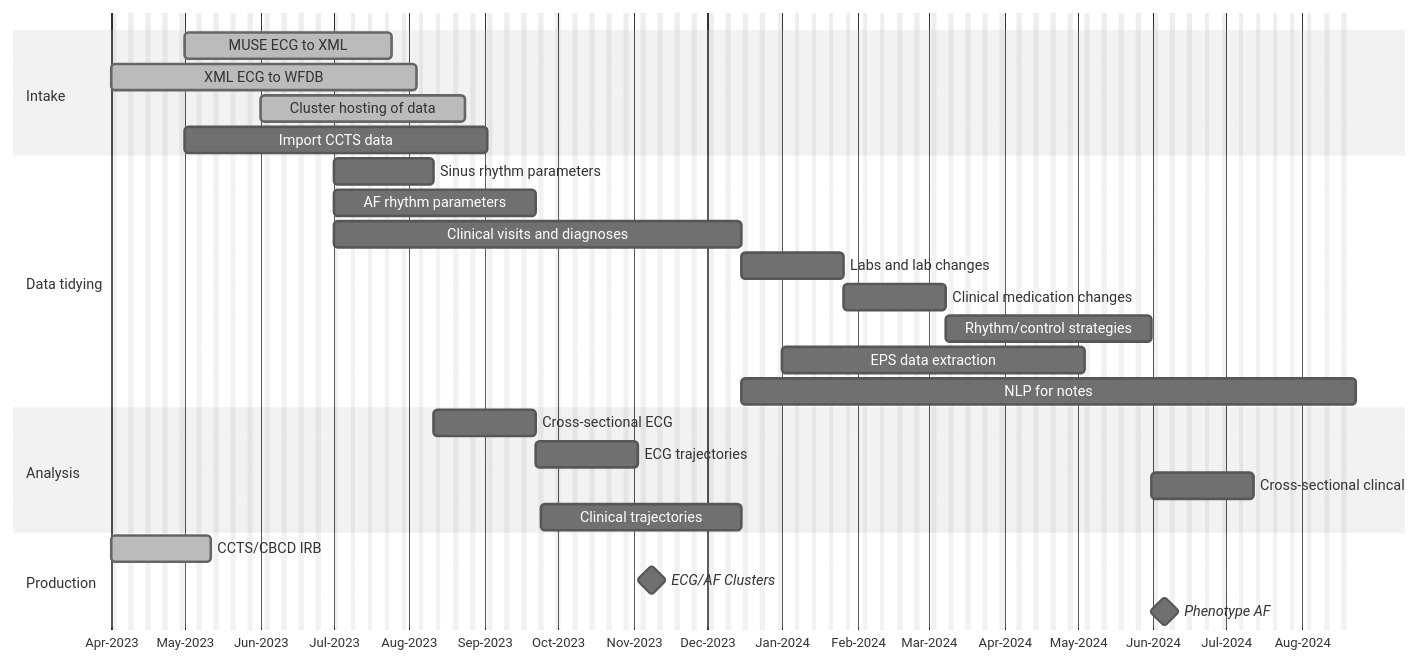
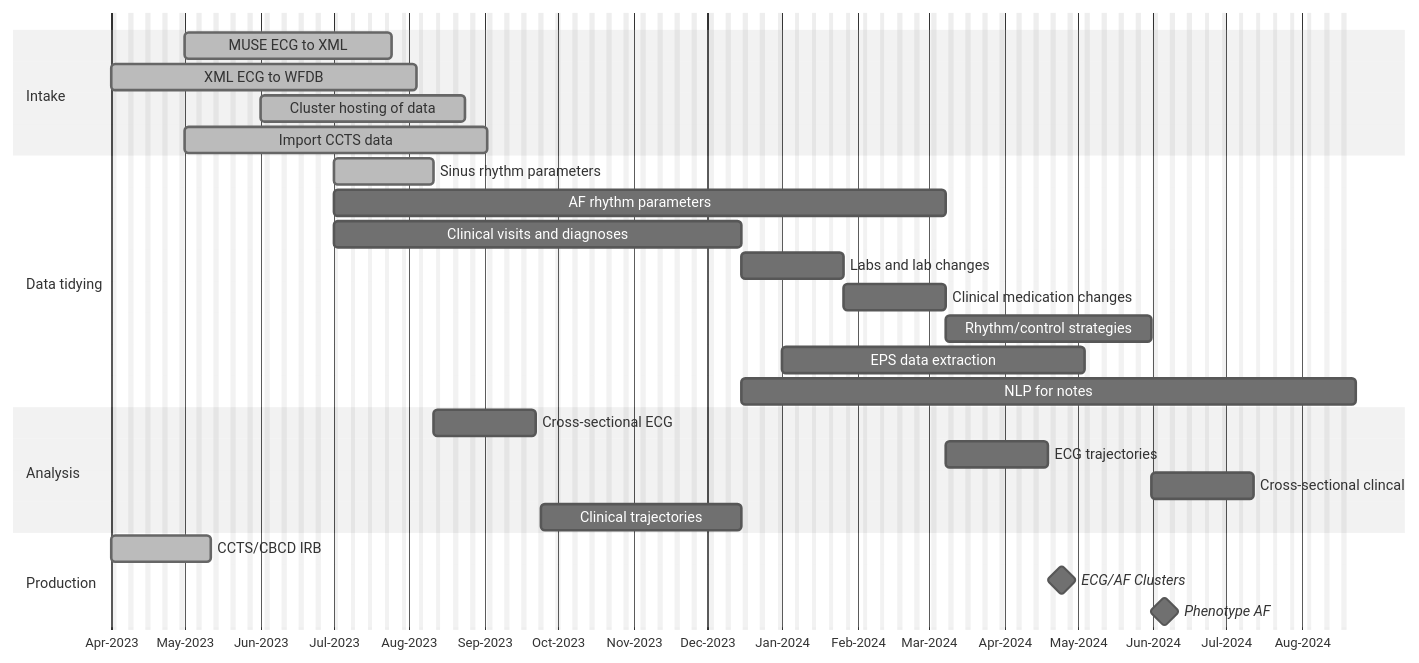
The diagram in t32/phenotype-af.qmd (shah-in-boots/research), drawn with Mermaid (neutral theme) before and after one commit. The commit also changed 3 other files, not shown here.

````diff
--- a/t32/phenotype-af.qmd
+++ b/t32/phenotype-af.qmd
@@ -227,33 +227,33 @@
 ```{mermaid}
 %%| fig-responsive: true
 %%| fig-width: 6
 %%| fig-height:	6 
 %%| fig-label: fig-timeline
 gantt
 	dateFormat MM/YYYY
 	axisFormat %b-%Y
 	excludes weekends
 	section Intake
 		MUSE ECG to XML									:done, muse, 05/2023, 07/2023
 		XML ECG to WFDB 								:done, wfdb, 04/2023, 90d
 		Cluster hosting of data					:done, acer, 06/2023, 60d
-		Import CCTS data								:ccts, 05/2023, 90d
+		Import CCTS data								:done, 05/2023, 90d
 	section Data tidying
-		Sinus rhythm parameters 				:nsr, 07/2023, 30d
-		AF rhythm parameters 		 				:paf, 07/2023, 60d
+		Sinus rhythm parameters 				:done, nsr, 07/2023, 30d
+		AF rhythm parameters 		 				:paf, 07/2023, 180d
 		Clinical visits and diagnoses		:visits, 07/2023, 120d
 		Labs and lab changes						:labs, after visits, 30d
 		Clinical medication changes			:meds, after labs, 30d
 		Rhythm/control strategies				:rhythm, after meds, 60d
 		EPS data extraction							:eps, 01/2024, 90d
 		NLP for notes										:nlp, after visits, 180d
 	section Analysis
 		Cross-sectional ECG							:clusters, after nsr, 30d
 		ECG trajectories								:delta, after paf, 30d
 		Cross-sectional clincal					:cross, after rhythm, 30d
 		Clinical trajectories						:after tidy, 60d
 	section Production
 		CCTS/CBCD IRB										:done, irb, 04/2023, 30d
 		ECG/AF Clusters 								:milestone, ecg, after delta, 7d
 		Phenotype AF										:milestone, phenotype, after rhythm, 7d
 ```
````
